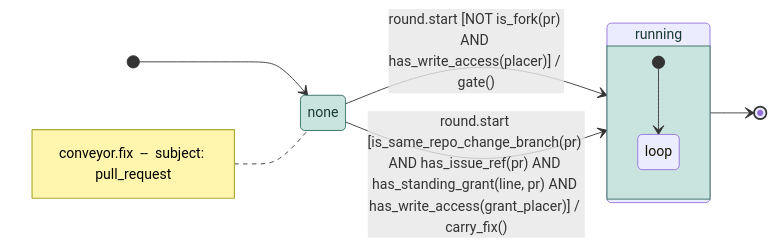
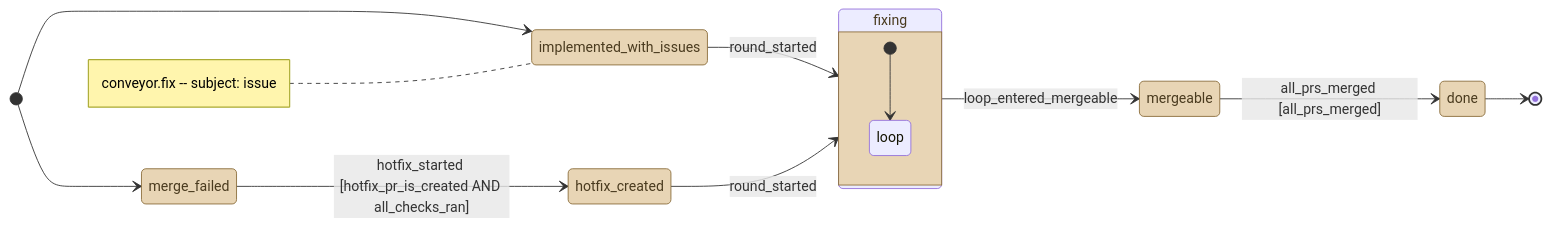
Before and after one commit to kostiantyn-matsebora/agent-ops-operator: the diagram in .github/conveyor-model/mermaid/conveyor_fix.mmd, drawn with Mermaid. The commit also changed 17 other files, not shown here.

```diff
--- a/.github/conveyor-model/mermaid/conveyor_fix.mmd
+++ b/.github/conveyor-model/mermaid/conveyor_fix.mmd
@@ -1,18 +1,26 @@
 stateDiagram-v2
     direction LR
-    [*] --> none
-    note left of none
-        conveyor.fix  --  subject: pull_request
+    [*] --> implemented_with_issues
+    [*] --> merge_failed
+    note left of implemented_with_issues
+        conveyor.fix  --  subject: issue
     end note
     classDef stationState fill:#e8d5b5,stroke:#8a6d3b,color:#4a3b1f
     classDef loopState fill:#c9e4de,stroke:#2f6b5e,color:#1a3b33
-    state none
-    state running
-    none --> running : round.start [NOT is_fork(pr) AND has_write_access(placer)] / gate()
-    none --> running : round.start [is_same_repo_change_branch(pr) AND has_issue_ref(pr) AND has_standing_grant(line, pr) AND has_write_access(grant_placer)] / carry_fix()
-    running --> [*]
-    class none, running loopState
-    state running {
-        [*] --> running__loop
-        state "loop" as running__loop
+    state implemented_with_issues
+    state merge_failed
+    state hotfix_created
+    state fixing
+    state mergeable
+    state done
+    implemented_with_issues --> fixing : round_started
+    merge_failed --> hotfix_created : hotfix_started [hotfix_pr_is_created AND all_checks_ran]
+    hotfix_created --> fixing : round_started
+    fixing --> mergeable : loop_entered_mergeable
+    mergeable --> done : all_prs_merged [all_prs_merged]
+    done --> [*]
+    class implemented_with_issues, merge_failed, hotfix_created, fixing, mergeable, done stationState
+    state fixing {
+        [*] --> fixing__loop
+        state "loop" as fixing__loop
     }
```
